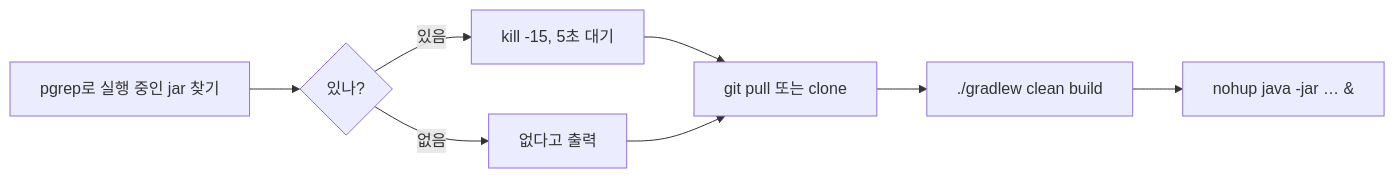
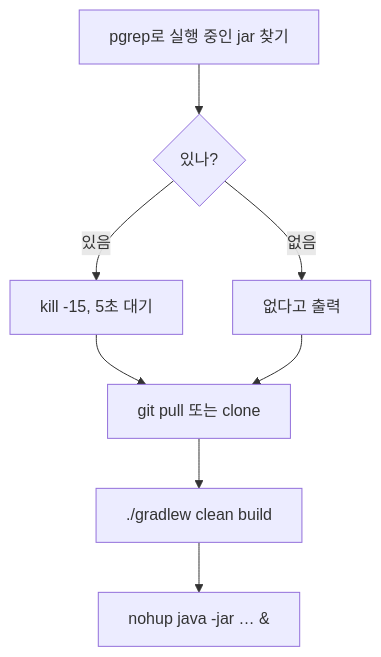
The diagram in _posts/2025-08-03-deploy-mission-twelve-questions.md (gary5876/portfolio), drawn with Mermaid before and after one commit. The commit also changed 9 other files, not shown here.

````diff
--- a/_posts/2025-08-03-deploy-mission-twelve-questions.md
+++ b/_posts/2025-08-03-deploy-mission-twelve-questions.md
@@ -49,10 +49,10 @@
 ```mermaid
-flowchart LR
+flowchart TD
     A["pgrep로 실행 중인 jar 찾기"] --> B{"있나?"}
     B -->|있음| C["kill -15, 5초 대기"]
     B -->|없음| D["없다고 출력"]
     C --> E["git pull 또는 clone"]
     D --> E
     E --> F["./gradlew clean build"]
     F --> G["nohup java -jar … &"]
 ```
````
